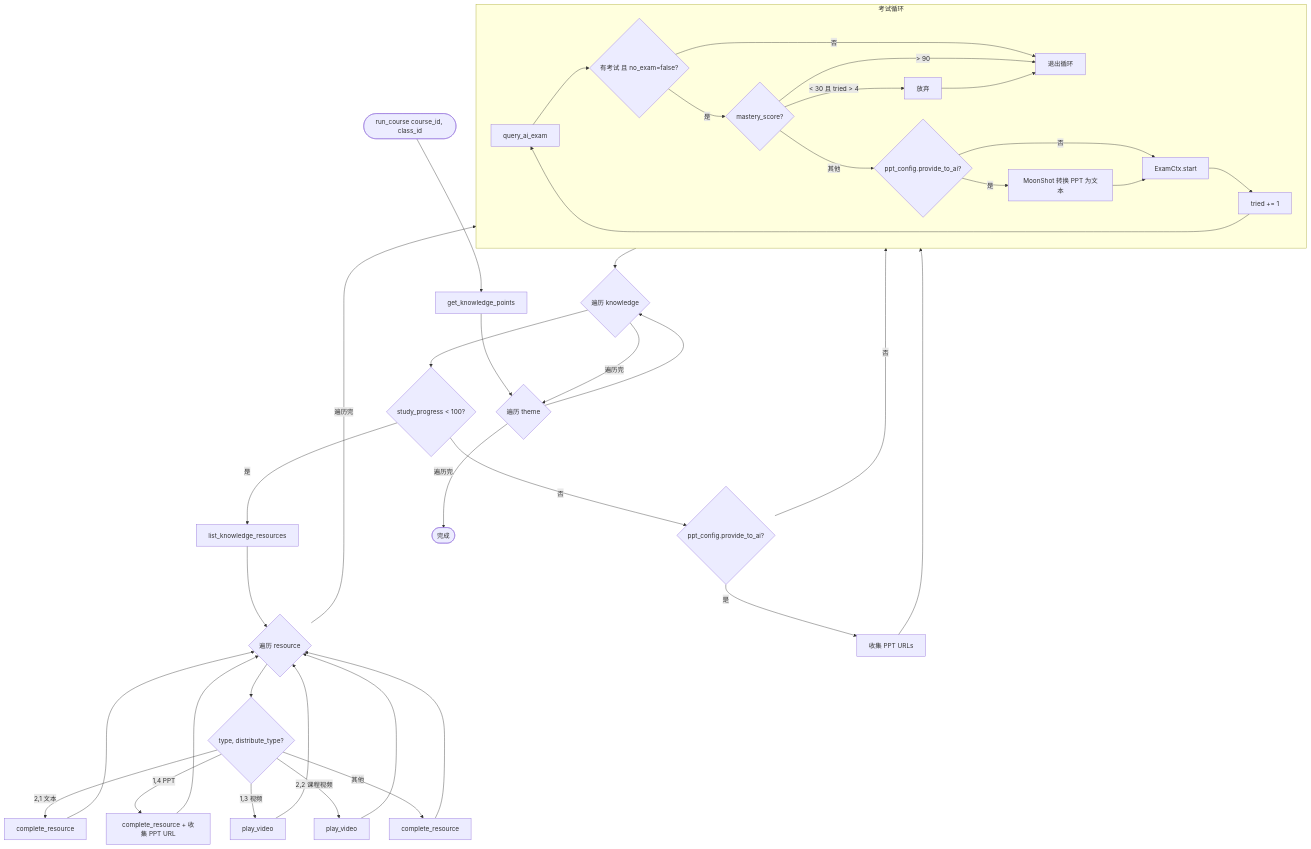
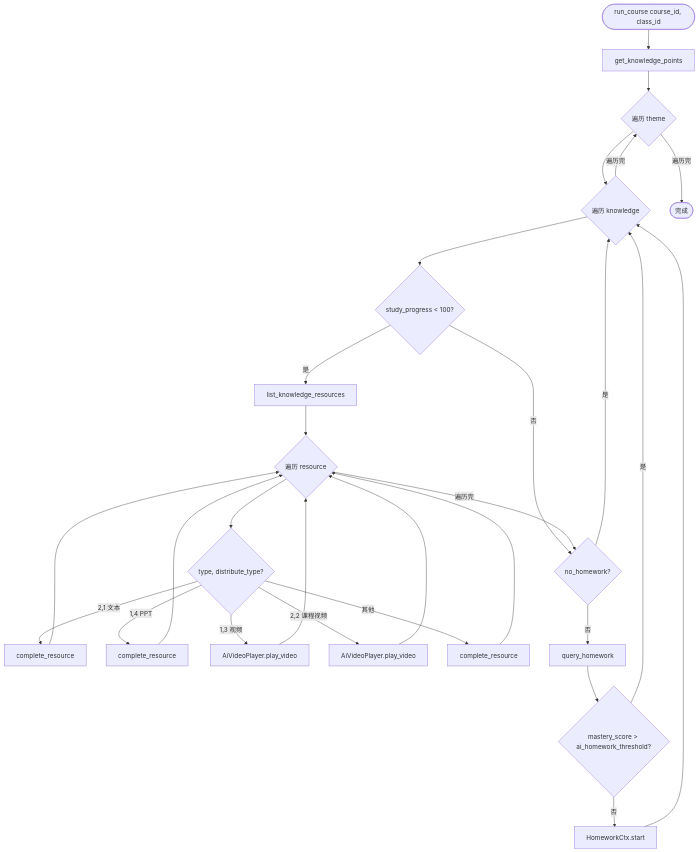
The fifth of 15 diagrams in docs/design.md (pjm314159/zhs), drawn with Mermaid before and after one commit. The commit also changed other lines of this file and 29 other files, not shown here.

Commit message:
fix(video): squash merge refactor/performance - video progress regression fix + P0 cleanup

````diff
--- a/docs/design.md
+++ b/docs/design.md
@@ -774,45 +1056,36 @@
 ```mermaid
 flowchart TD
     Start([run_course course_id, class_id]) --> GetKP[get_knowledge_points]
     GetKP --> ThemeLoop{遍历 theme}
 
     ThemeLoop --> KPLoop{遍历 knowledge}
     KPLoop --> ProgressCheck{study_progress < 100?}
 
     ProgressCheck -->|是| GetRes[list_knowledge_resources]
-    ProgressCheck -->|否| PPTCheck{ppt_config.provide_to_ai?}
+    ProgressCheck -->|否| HomeworkCheck
 
     GetRes --> ResLoop{遍历 resource}
     ResLoop --> MatchType{type, distribute_type?}
     MatchType -->|"2,1 文本"| Complete1[complete_resource]
-    MatchType -->|"1,4 PPT"| CompletePPT[complete_resource + 收集 PPT URL]
-    MatchType -->|"1,3 视频"| PlayVid[play_video]
-    MatchType -->|"2,2 课程视频"| PlayVid2[play_video]
+    MatchType -->|"1,4 PPT"| CompletePPT[complete_resource]
+    MatchType -->|"1,3 视频"| PlayVid[AiVideoPlayer.play_video]
+    MatchType -->|"2,2 课程视频"| PlayVid2[AiVideoPlayer.play_video]
     MatchType -->|其他| CompleteOther[complete_resource]
     Complete1 --> ResLoop
     CompletePPT --> ResLoop
     PlayVid --> ResLoop
     PlayVid2 --> ResLoop
     CompleteOther --> ResLoop
-    ResLoop -->|遍历完| ExamLoop
+    ResLoop -->|遍历完| HomeworkCheck
 
-    PPTCheck -->|是| CollectPPT[收集 PPT URLs] --> ExamLoop
-    PPTCheck -->|否| ExamLoop
+    HomeworkCheck{no_homework?}
+    HomeworkCheck -->|是| KPLoop
+    HomeworkCheck -->|否| QueryHW[query_homework]
+    QueryHW --> ScoreCheck{mastery_score > ai_homework_threshold?}
+    ScoreCheck -->|是| KPLoop
+    ScoreCheck -->|否| RunHW[HomeworkCtx.start]
+    RunHW --> KPLoop
 
-    subgraph ExamLoop[考试循环]
-        ExamStart[query_ai_exam] --> ExamCheck{有考试 且 no_exam=false?}
-        ExamCheck -->|否| ExamBreak[退出循环]
-        ExamCheck -->|是| ScoreCheck{mastery_score?}
-        ScoreCheck -->|> 90| ExamBreak
-        ScoreCheck -->|< 30 且 tried > 4| GiveUp[放弃] --> ExamBreak
-        ScoreCheck -->|其他| PPTConvert{ppt_config.provide_to_ai?}
-        PPTConvert -->|是| MoonShot[MoonShot 转换 PPT 为文本]
-        PPTConvert -->|否| RunExam[ExamCtx.start]
-        MoonShot --> RunExam
-        RunExam --> TriedIncr[tried += 1] --> ExamStart
-    end
-
-    ExamLoop --> KPLoop
     KPLoop -->|遍历完| ThemeLoop
     ThemeLoop -->|遍历完| Done([完成])
 ```
````
